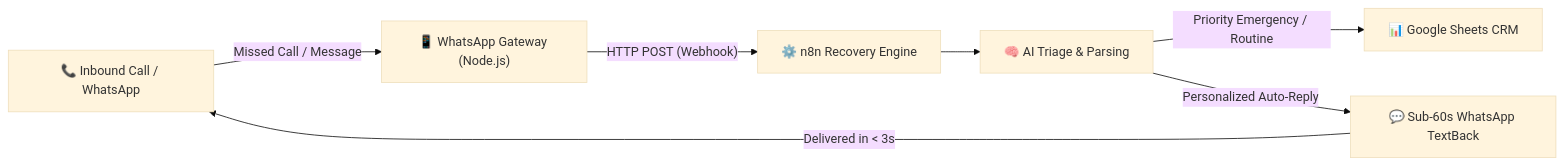
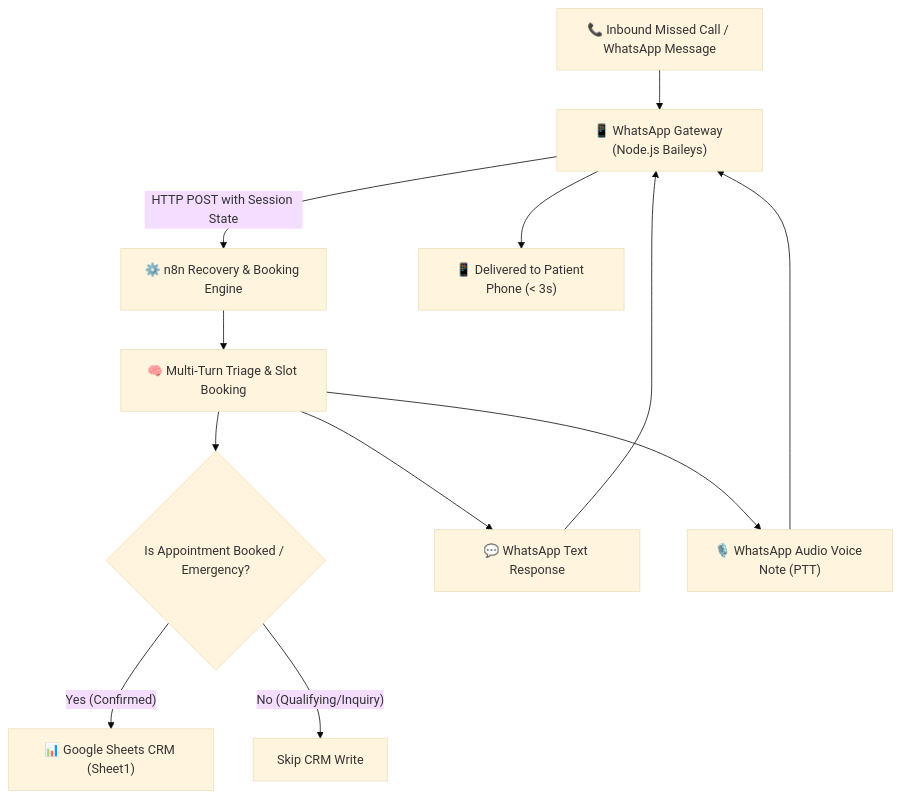
The diagram in day-02-missed-call-recovery/README.md (rehanziadeveloper-ship-it/My-Projects), drawn with Mermaid (base theme) before and after one commit. The commit also changed other lines of this file and 2 other files, not shown here.

Commit message:
fix: Multi-turn conversational memory, Google Sheets gatekeeper & WhatsApp voice notes

````diff
--- a/day-02-missed-call-recovery/README.md
+++ b/day-02-missed-call-recovery/README.md
@@ -26,9 +37,14 @@
 ```mermaid
-flowchart LR
-    A["📞 Inbound Call / WhatsApp"] -->|"Missed Call / Message"| B["📱 WhatsApp Gateway (Node.js)"]
-    B -->|"HTTP POST (Webhook)"| C["⚙️ n8n Recovery Engine"]
-    C --> D["🧠 AI Triage & Parsing"]
-    D -->|"Priority Emergency / Routine"| E["📊 Google Sheets CRM"]
-    D -->|"Personalized Auto-Reply"| F["💬 Sub-60s WhatsApp TextBack"]
-    F -->|"Delivered in < 3s"| A
+flowchart TD
+    A["📞 Inbound Missed Call / WhatsApp Message"] --> B["📱 WhatsApp Gateway (Node.js Baileys)"]
+    B -->|"HTTP POST with Session State"| C["⚙️ n8n Recovery & Booking Engine"]
+    C --> D["🧠 Multi-Turn Triage & Slot Booking"]
+    D --> E{"Is Appointment Booked / Emergency?"}
+    E -->|"Yes (Confirmed)"| F["📊 Google Sheets CRM (Sheet1)"]
+    E -->|"No (Qualifying/Inquiry)"| G["Skip CRM Write"]
+    D --> H["💬 WhatsApp Text Response"]
+    D --> I["🎙️ WhatsApp Audio Voice Note (PTT)"]
+    H --> B
+    I --> B
+    B --> J["📱 Delivered to Patient Phone (< 3s)"]
 ```
````
